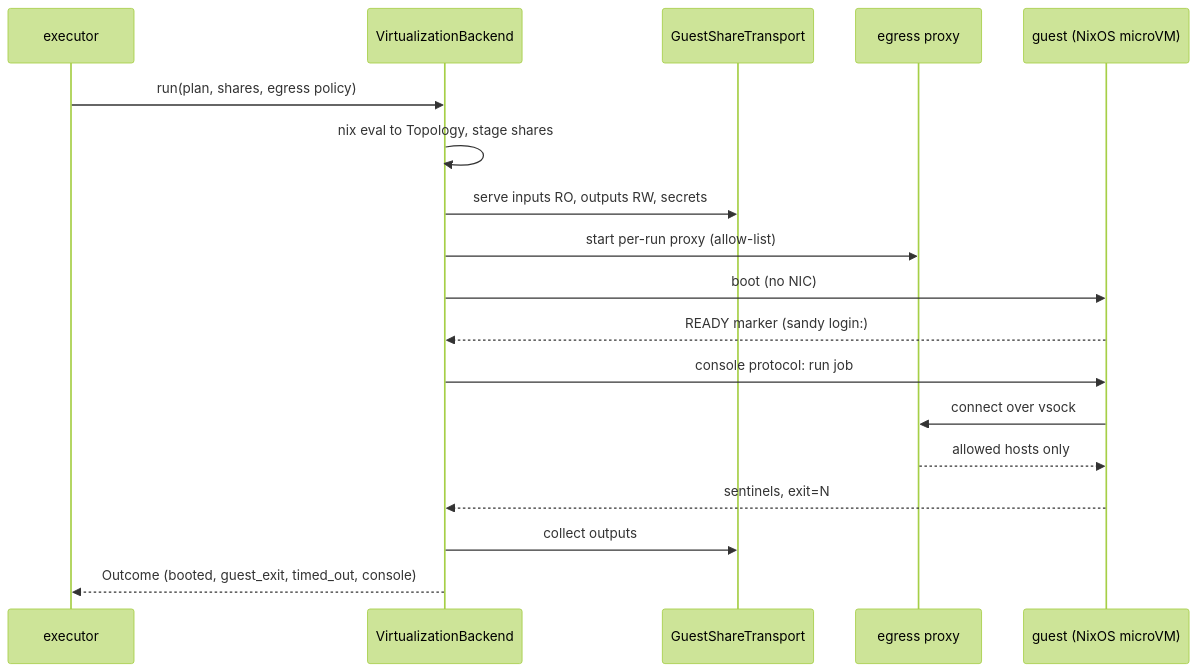
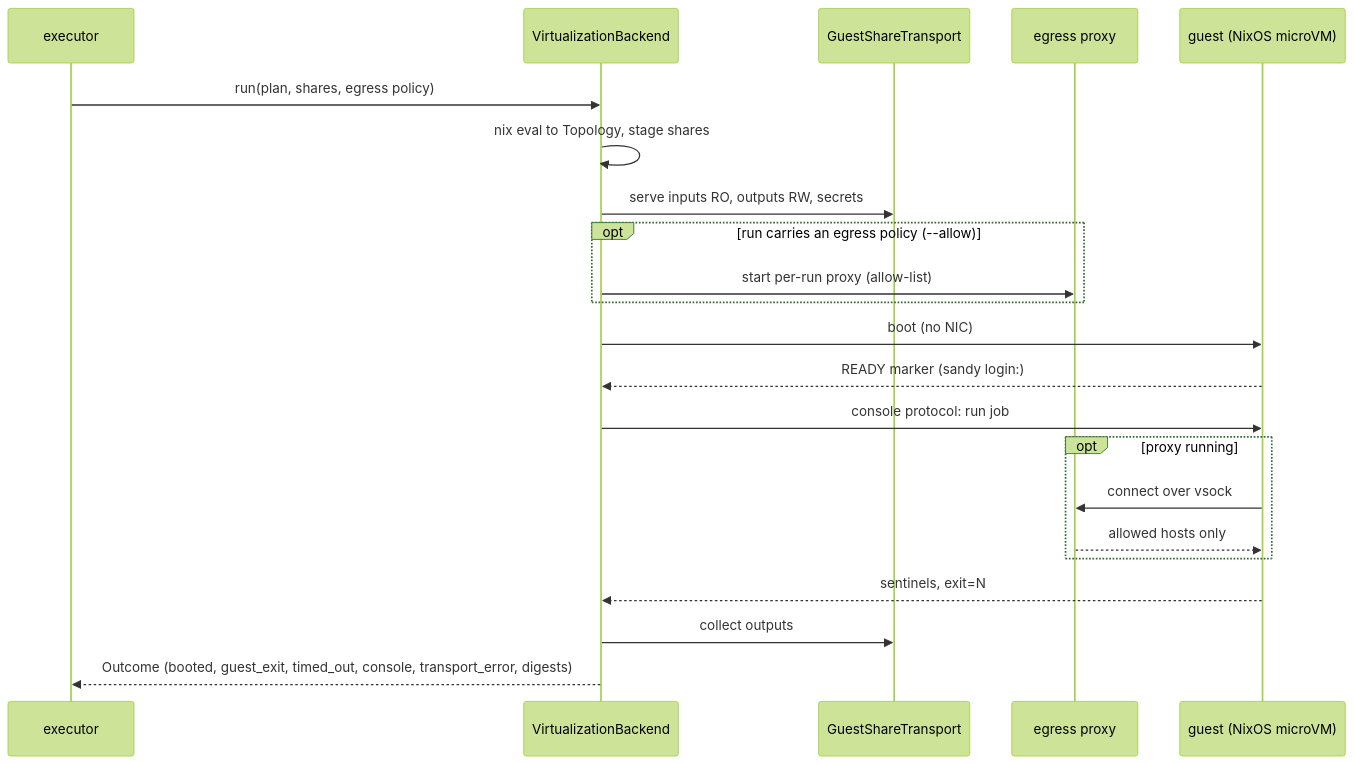
Before and after one commit to kauki-labs/sandy: the fifth of 8 diagrams in docs/architecture/components.md, drawn with Mermaid (forest theme). The commit also changed other lines of this file, not shown here.

First line of the commit message:
docs(architecture): correct components page after review

````diff
--- a/docs/architecture/components.md
+++ b/docs/architecture/components.md
@@ -153,20 +168,24 @@
 ```mermaid
 sequenceDiagram
   participant E as executor
   participant B as VirtualizationBackend
   participant T as GuestShareTransport
   participant P as egress proxy
   participant G as guest (NixOS microVM)
   E->>B: run(plan, shares, egress policy)
   B->>B: nix eval to Topology, stage shares
   B->>T: serve inputs RO, outputs RW, secrets
-  B->>P: start per-run proxy (allow-list)
+  opt run carries an egress policy (--allow)
+    B->>P: start per-run proxy (allow-list)
+  end
   B->>G: boot (no NIC)
   G-->>B: READY marker (sandy login:)
   B->>G: console protocol: run job
-  G->>P: connect over vsock
-  P-->>G: allowed hosts only
+  opt proxy running
+    G->>P: connect over vsock
+    P-->>G: allowed hosts only
+  end
   G-->>B: sentinels, exit=N
   B->>T: collect outputs
-  B-->>E: Outcome (booted, guest_exit, timed_out, console)
+  B-->>E: Outcome (booted, guest_exit, timed_out, console, transport_error, digests)
 ```
````
